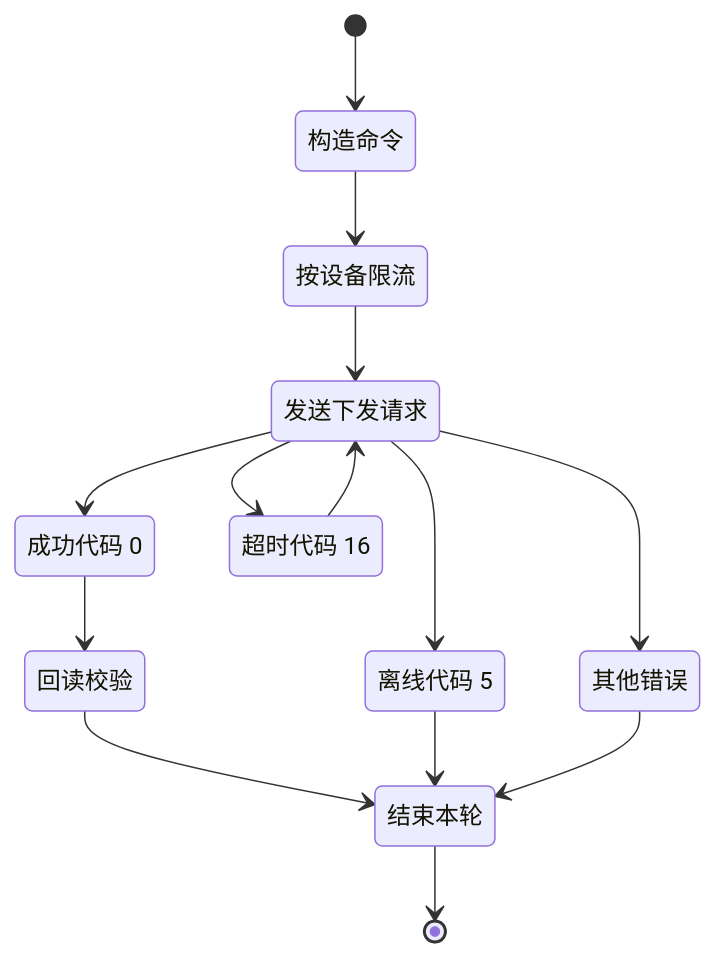
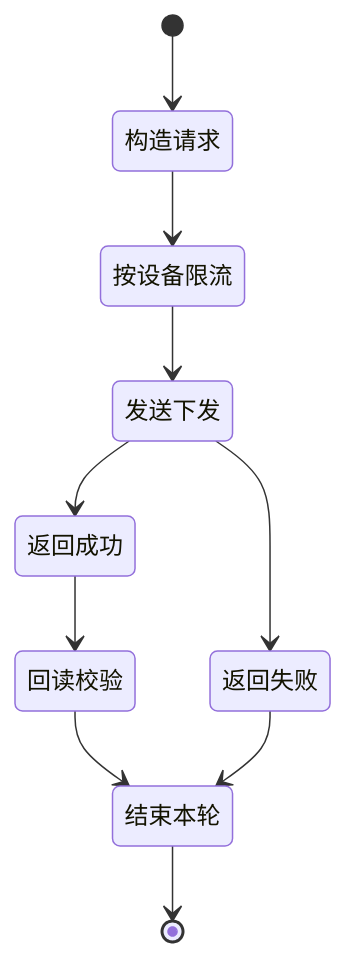
The diagram in Growatt API/OPENAPI.zh-CN/05_api_device_dispatch.md (EugeneJian/growatt-unified-api), drawn with Mermaid before and after one commit. The commit also changed other lines of this file and 26 other files, not shown here.

````diff
--- a/Growatt API/OPENAPI.zh-CN/05_api_device_dispatch.md
+++ b/Growatt API/OPENAPI.zh-CN/05_api_device_dispatch.md
@@ -17,27 +22,21 @@
 ```mermaid
 %% 本代码严格遵循AI生成Mermaid代码的终极准则v4.1（Mermaid终极大师）
 stateDiagram-v2
     [*] --> Build
-    state "构造命令" as Build
+    state "构造请求" as Build
     state "按设备限流" as Throttle
-    state "发送下发请求" as Send
-    state "成功代码 0" as Success
-    state "超时代码 16" as Timeout
-    state "离线代码 5" as Offline
-    state "其他错误" as Error
+    state "发送下发" as Send
+    state "返回成功" as Success
+    state "返回失败" as Error
     state "回读校验" as Verify
     state "结束本轮" as EndCycle
 
     Build --> Throttle
     Throttle --> Send
     Send --> Success
-    Send --> Timeout
-    Send --> Offline
     Send --> Error
     Success --> Verify
     Verify --> EndCycle
-    Timeout --> Send
-    Offline --> EndCycle
     Error --> EndCycle
     EndCycle --> [*]
 ```
````
